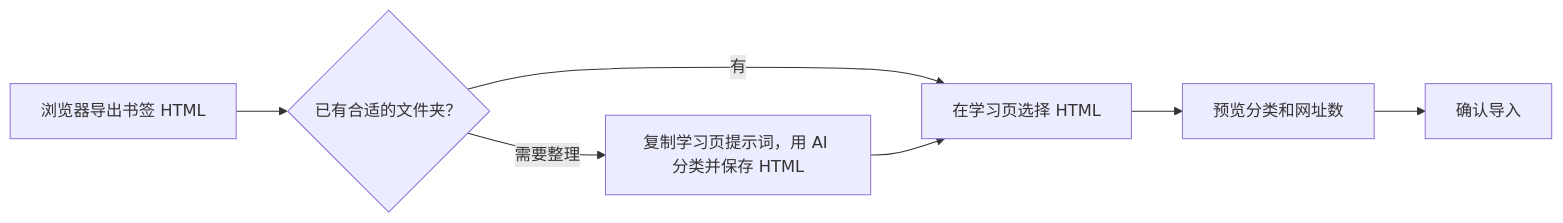
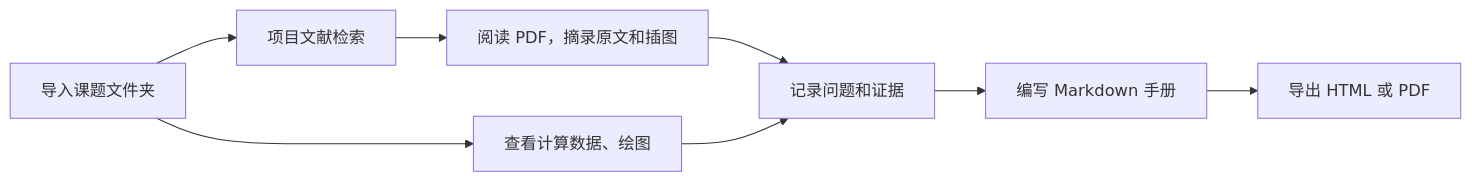
The diagram in README.md (superbao512-sudo/SciDesk), drawn with Mermaid before and after one commit. The commit also changed other lines of this file and 1 other file, not shown here.

````diff
--- a/README.md
+++ b/README.md
@@ -30,8 +17,10 @@
 ```mermaid
 flowchart LR
-    A["浏览器导出书签 HTML"] --> B{"已有合适的文件夹？"}
-    B -->|有| D["在学习页选择 HTML"]
-    B -->|需要整理| C["复制学习页提示词，用 AI 分类并保存 HTML"]
-    C --> D
-    D --> E["预览分类和网址数"] --> F["确认导入"]
+    A["导入课题文件夹"] --> B["项目文献检索"]
+    B --> C["阅读 PDF，摘录原文和插图"]
+    A --> D["查看计算数据、绘图"]
+    C --> E["记录问题和证据"]
+    D --> E
+    E --> F["编写 Markdown 手册"]
+    F --> G["导出 HTML 或 PDF"]
 ```
````
